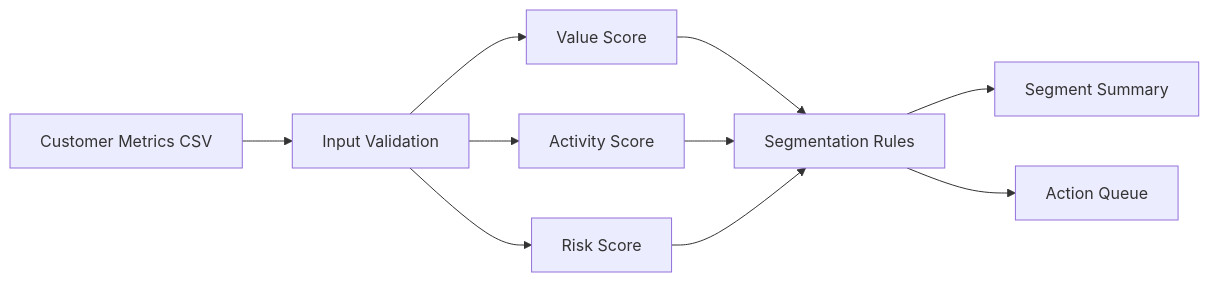
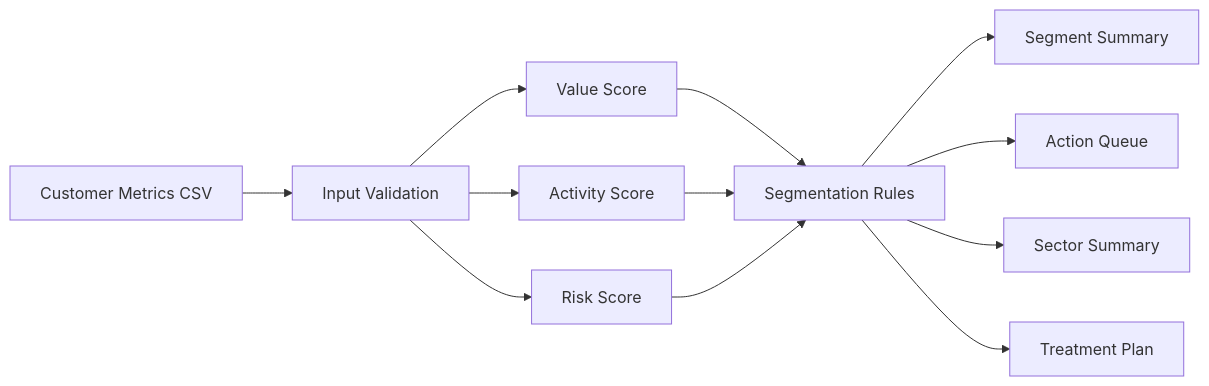
Before and after one commit to HuseinHaji/customer-segmentation-risk-evaluation: the diagram in README.md, drawn with Mermaid. The commit also changed other lines of this file and 4 other files, not shown here.

````diff
--- a/README.md
+++ b/README.md
@@ -11,12 +11,14 @@
 ```mermaid
 flowchart LR
     A[Customer Metrics CSV] --> B[Input Validation]
     B --> C[Value Score]
     B --> D[Activity Score]
     B --> E[Risk Score]
     C --> F[Segmentation Rules]
     D --> F
     E --> F
     F --> G[Segment Summary]
     F --> H[Action Queue]
+    F --> I[Sector Summary]
+    F --> J[Treatment Plan]
 ```
````
